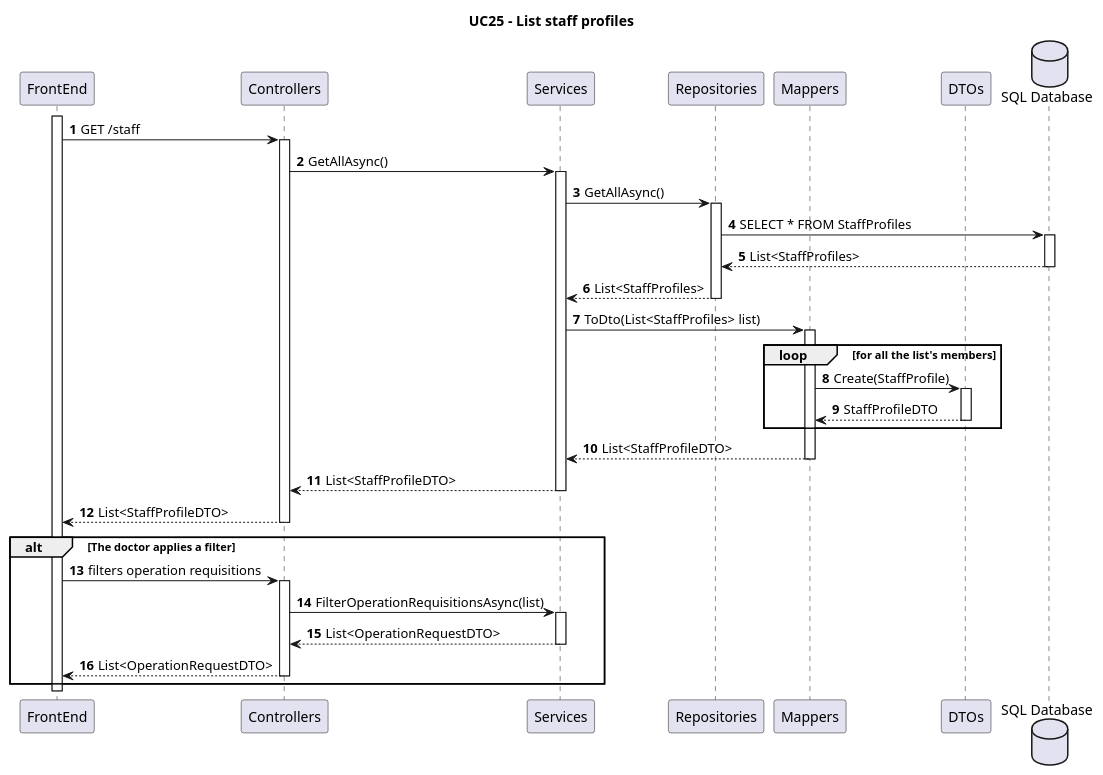
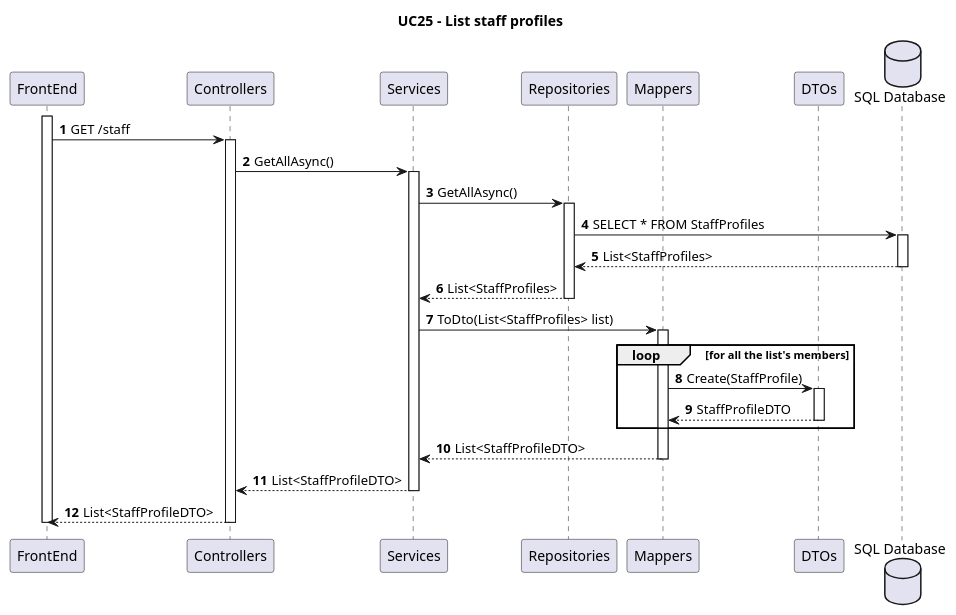
The diagram in Wiki/SprintA/diagrams/use-cases/21-list-staff-profiles/level3/backend-process-view.puml (MiguelCardoso77/SurgicalSync-BackEnd), drawn with PlantUML before and after one commit. The commit also changed 8 other files, not shown here.

```diff
--- a/Wiki/SprintA/diagrams/use-cases/21-list-staff-profiles/level3/backend-process-view.puml
+++ b/Wiki/SprintA/diagrams/use-cases/21-list-staff-profiles/level3/backend-process-view.puml
@@ -1,90 +1,71 @@
 @startuml
 autonumber
 
 Title "UC25 - List staff profiles"
 
 participant "FrontEnd" as FE
 participant "Controllers" as C
 participant "Services" as S
 participant "Repositories" as R
 participant "Mappers" as M
 participant "DTOs" as DTO
 database "SQL Database" as SQL
 
 activate FE
 
 FE -> C : GET /staff
 
     activate C
     
     C -> S : GetAllAsync()
     
     activate S
     
     S -> R : GetAllAsync()
     
     activate R
     
     R -> SQL : SELECT * FROM StaffProfiles
     
     activate SQL
     
     SQL --> R : List<StaffProfiles>
     
     deactivate SQL
     
     R --> S : List<StaffProfiles>
     
     deactivate R
     
     S -> M : ToDto(List<StaffProfiles> list)
     
     activate M
     
     loop for all the list's members
     
     M -> DTO : Create(StaffProfile)
     
     activate DTO
     
     DTO --> M : StaffProfileDTO
     
     deactivate DTO
     
     end
     
     M --> S : List<StaffProfileDTO>
     
     deactivate M 
     
     S --> C : List<StaffProfileDTO>
     
     deactivate S
     
     C --> FE : List<StaffProfileDTO>
     
     deactivate C 
     
-    alt The doctor applies a filter
-    
-    FE -> C : filters operation requisitions
-    
-    activate C
-    
-    C -> S : FilterOperationRequisitionsAsync(list)
-    
-    activate S
-    
-    S -->C : List<OperationRequestDTO>
-    
-    deactivate S 
-    
-    C --> FE : List<OperationRequestDTO>
-    
-    deactivate C 
-    
-    end 
     
 deactivate FE 
 
 @enduml
```
